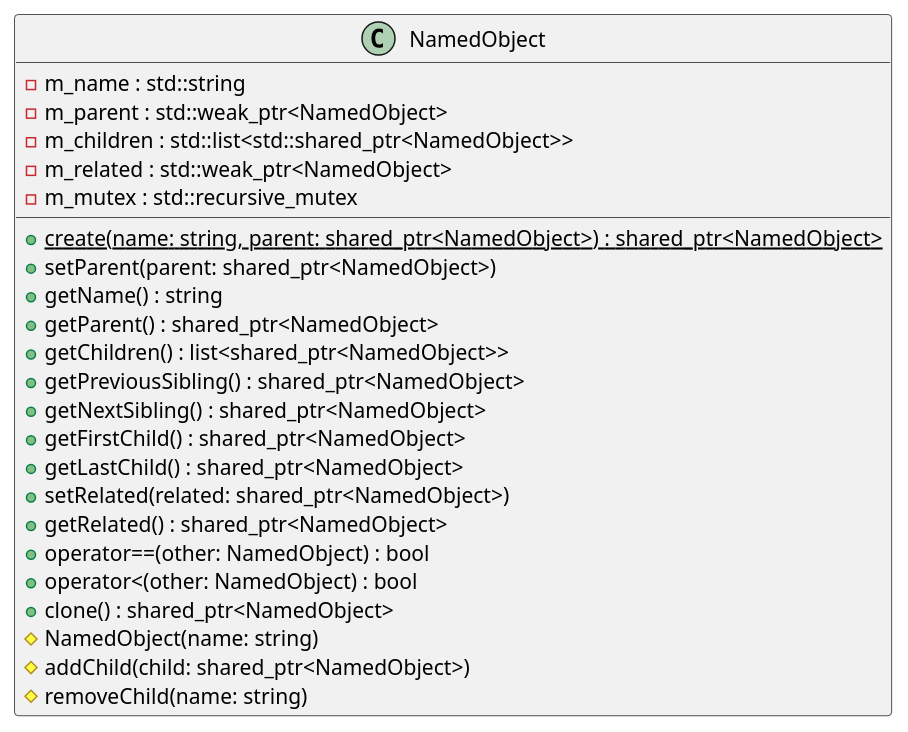
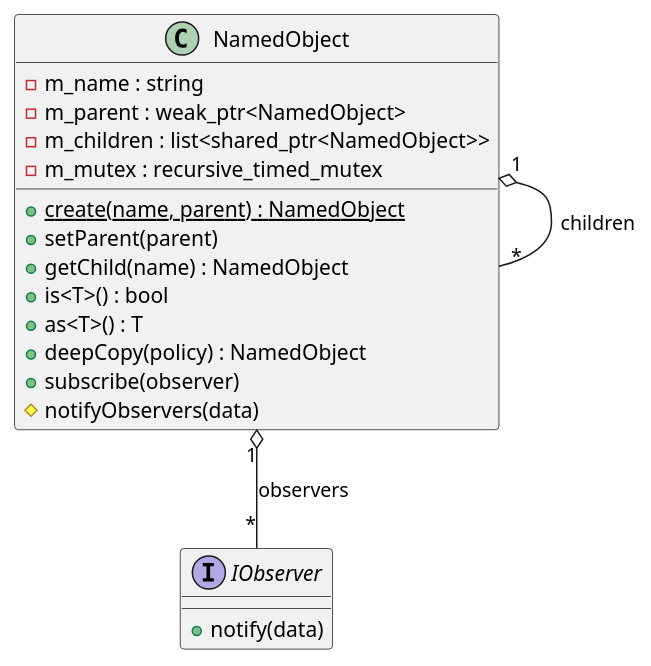
The diagram in doc/impl/classes/quasar/named/NamedObject.md (mlecabellec/quasar), drawn with PlantUML before and after one commit. The commit also changed other lines of this file and 84 other files, not shown here.

````diff
--- a/doc/impl/classes/quasar/named/NamedObject.md
+++ b/doc/impl/classes/quasar/named/NamedObject.md
@@ -65,28 +44,23 @@
 ```plantuml
 @startuml
 class NamedObject {
-  - m_name : std::string
-  - m_parent : std::weak_ptr<NamedObject>
-  - m_children : std::list<std::shared_ptr<NamedObject>>
-  - m_related : std::weak_ptr<NamedObject>
-  - m_mutex : std::recursive_mutex
-  + {static} create(name: string, parent: shared_ptr<NamedObject>) : shared_ptr<NamedObject>
-  + setParent(parent: shared_ptr<NamedObject>)
-  + getName() : string
-  + getParent() : shared_ptr<NamedObject>
-  + getChildren() : list<shared_ptr<NamedObject>>
-  + getPreviousSibling() : shared_ptr<NamedObject>
-  + getNextSibling() : shared_ptr<NamedObject>
-  + getFirstChild() : shared_ptr<NamedObject>
-  + getLastChild() : shared_ptr<NamedObject>
-  + setRelated(related: shared_ptr<NamedObject>)
-  + getRelated() : shared_ptr<NamedObject>
-  + operator==(other: NamedObject) : bool
-  + operator<(other: NamedObject) : bool
-  + clone() : shared_ptr<NamedObject>
-  # NamedObject(name: string)
-  # addChild(child: shared_ptr<NamedObject>)
-  # removeChild(name: string)
+    - m_name : string
+    - m_parent : weak_ptr<NamedObject>
+    - m_children : list<shared_ptr<NamedObject>>
+    - m_mutex : recursive_timed_mutex
+    + {static} create(name, parent) : NamedObject
+    + setParent(parent)
+    + getChild(name) : NamedObject
+    + is<T>() : bool
+    + as<T>() : T
+    + deepCopy(policy) : NamedObject
+    + subscribe(observer)
+    # notifyObservers(data)
 }
-@enduml
+interface IObserver {
+    + notify(data)
+}
+NamedObject "1" o-- "*" NamedObject : children
+NamedObject "1" o-- "*" IObserver : observers
+@endluml
 ```
````
